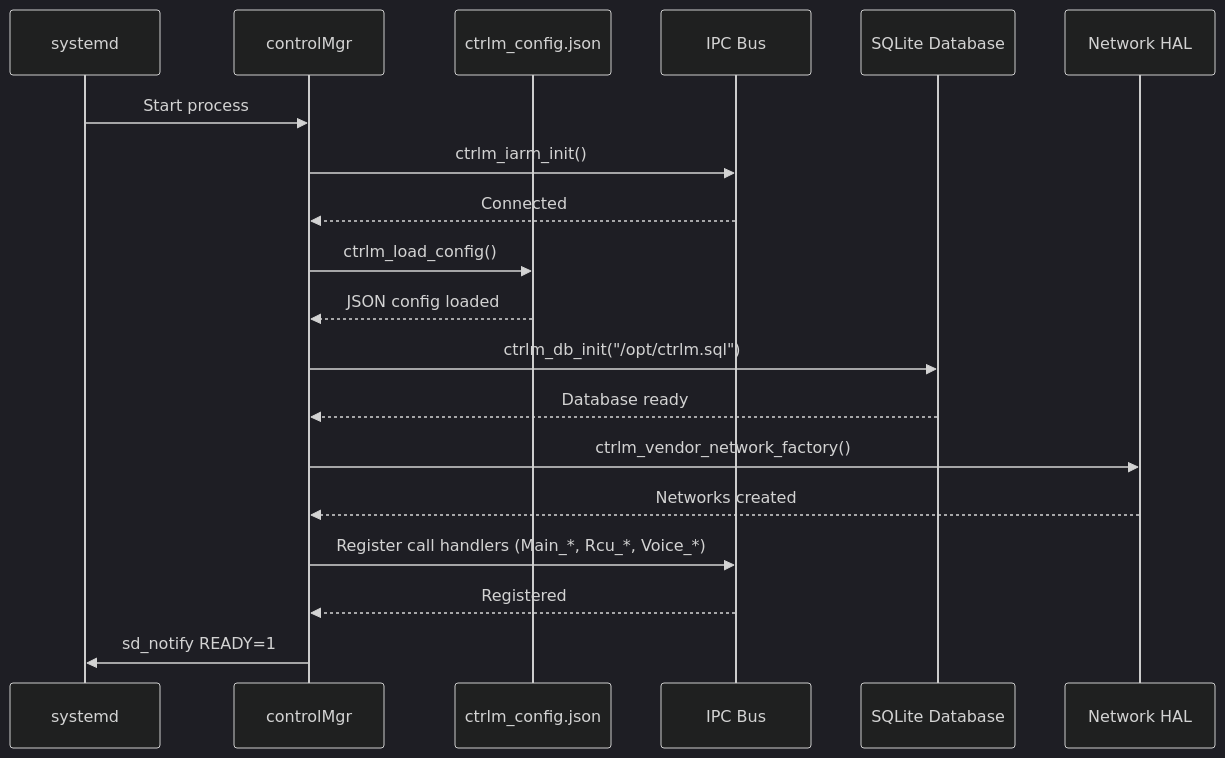
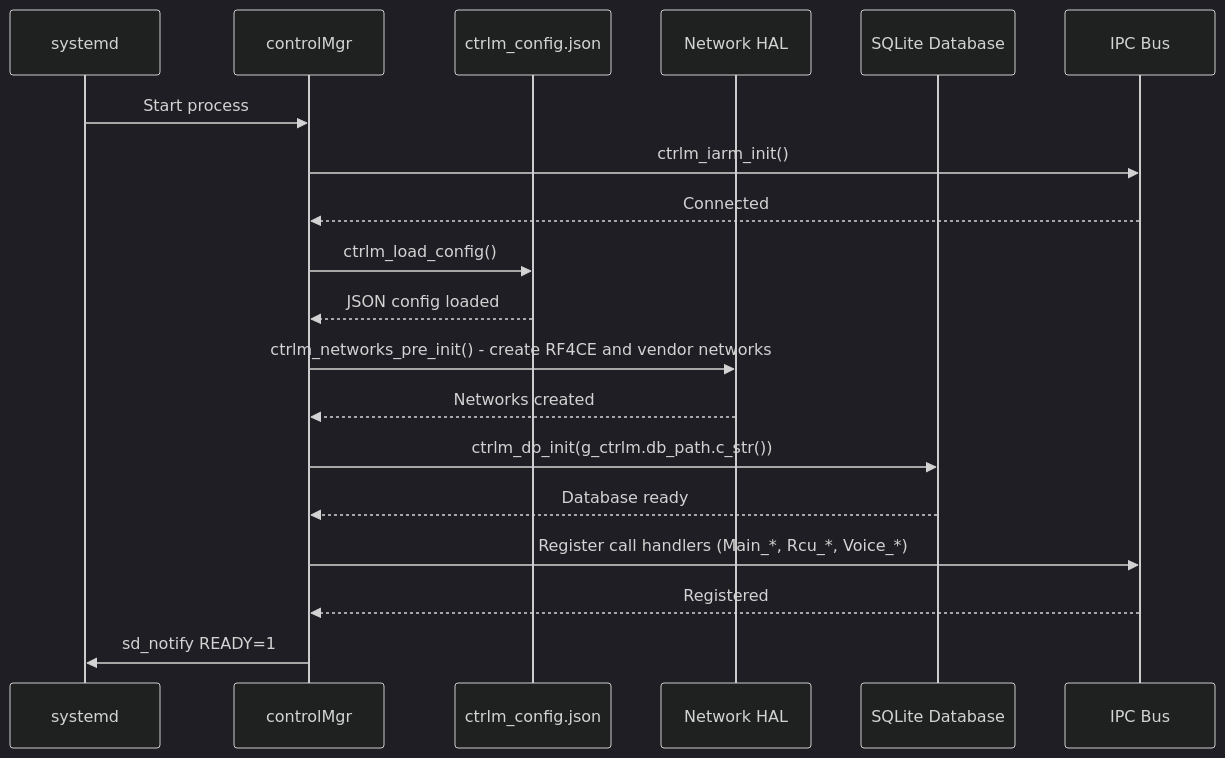
The fourth of 7 diagrams in docs/README.md (rdkcentral/control), drawn with Mermaid (dark theme) before and after one commit. The commit also changed other lines of this file, not shown here.

````diff
--- a/docs/README.md
+++ b/docs/README.md
@@ -213,22 +213,22 @@
 ```mermaid
 sequenceDiagram
     participant OS as systemd
     participant CtrlM as controlMgr
     participant Config as ctrlm_config.json
+    participant NW as Network HAL
+    participant DB as SQLite Database
     participant IPC as IPC Bus
-    participant DB as SQLite Database
-    participant NW as Network HAL
 
     OS->>CtrlM: Start process
     CtrlM->>IPC: ctrlm_iarm_init()
     IPC-->>CtrlM: Connected
     CtrlM->>Config: ctrlm_load_config()
     Config-->>CtrlM: JSON config loaded
-    CtrlM->>DB: ctrlm_db_init("/opt/ctrlm.sql")
+    CtrlM->>NW: ctrlm_networks_pre_init() - create RF4CE and vendor networks
+    NW-->>CtrlM: Networks created
+    CtrlM->>DB: ctrlm_db_init(g_ctrlm.db_path.c_str())
     DB-->>CtrlM: Database ready
-    CtrlM->>NW: ctrlm_vendor_network_factory()
-    NW-->>CtrlM: Networks created
     CtrlM->>IPC: Register call handlers (Main_*, Rcu_*, Voice_*)
     IPC-->>CtrlM: Registered
     CtrlM->>OS: sd_notify READY=1
 ```
````
